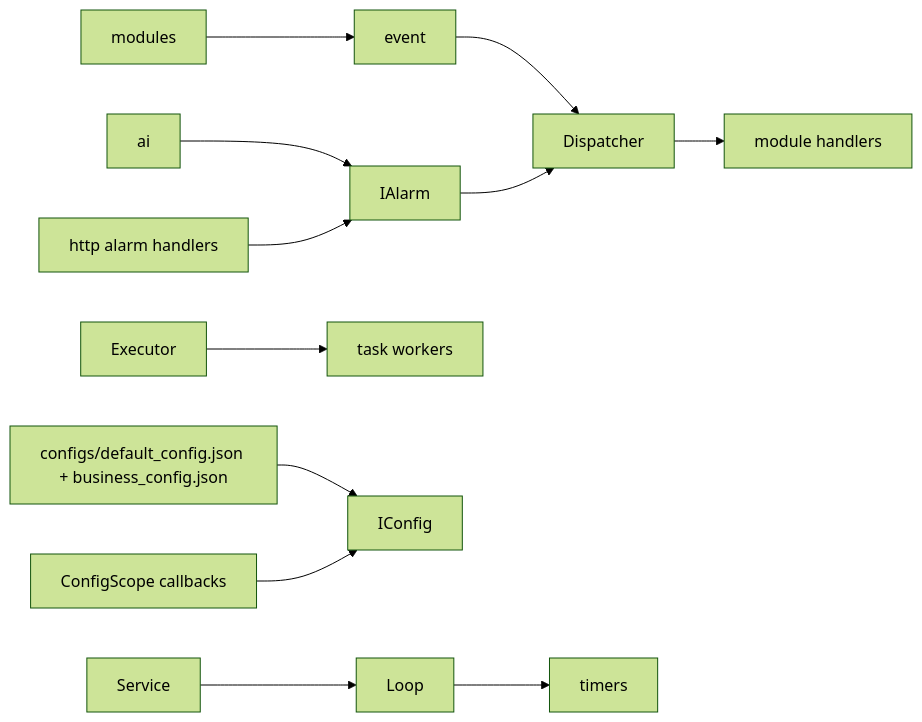
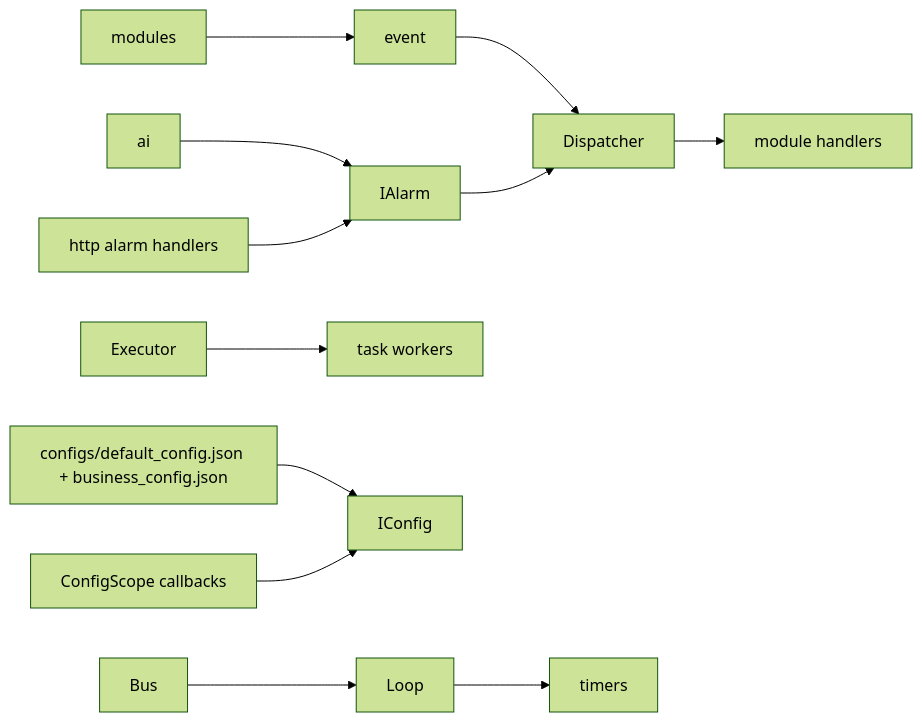
One commit to 373699756/live_stream changed the diagram in docs/libs/event.md. Above: the diagram before and after it, drawn with Mermaid (forest theme). The commit also changed other lines of this file and 153 other files, not shown here.

````diff
--- a/docs/libs/event.md
+++ b/docs/libs/event.md
@@ -14,14 +14,14 @@
 ```mermaid
 flowchart LR
   Publishers[modules] --> Event[event]
   Event --> Dispatcher[Dispatcher]
   Dispatcher --> Handlers[module handlers]
-  Service[Service] --> Loop[Loop]
+  Bus[Bus] --> Loop[Loop]
   Loop --> Timers[timers]
   Executor[Executor] --> Tasks[task workers]
   ConfigFiles[configs/default_config.json + business_config.json] --> Config[IConfig]
   Modules[ConfigScope callbacks] --> Config
   AI[ai] --> Alarm[IAlarm]
   HTTP[http alarm handlers] --> Alarm
   Alarm --> Dispatcher
 ```
````
